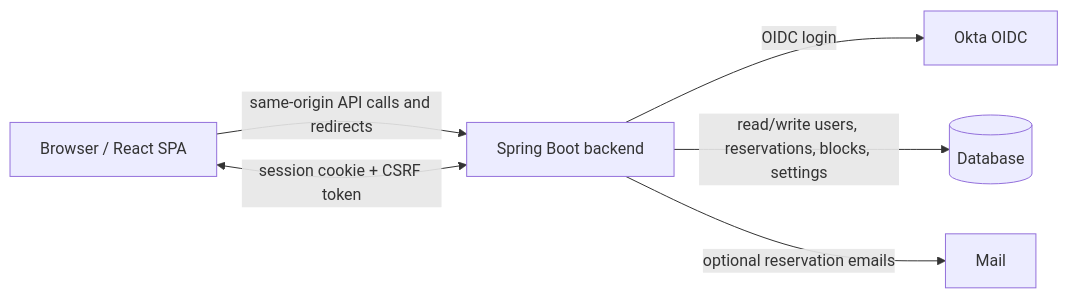
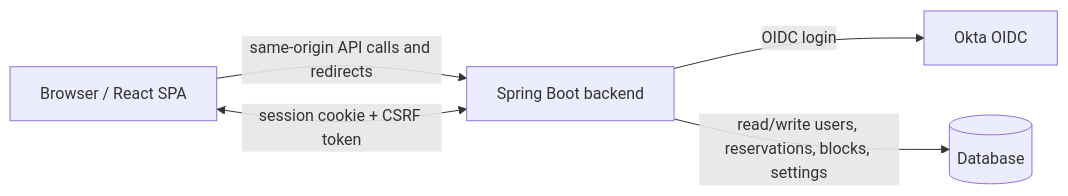
One commit to mollyoconnorr/GamePlan changed the diagram in README.md. Above: the diagram before and after it, drawn with Mermaid. The commit also changed other lines of this file and 6 other files, not shown here.

````diff
--- a/README.md
+++ b/README.md
@@ -18,13 +18,12 @@
 ```mermaid
 flowchart LR
     Browser[Browser / React SPA]
     Boot[Spring Boot backend]
     Okta[Okta OIDC]
     DB[(Database)]
 
     Browser -->|same-origin API calls and redirects| Boot
     Boot -->|OIDC login| Okta
     Boot -->|read/write users, reservations, blocks, settings| DB
-    Boot -->|optional reservation emails| Mail
     Browser <-->|session cookie + CSRF token| Boot
 ```
````
